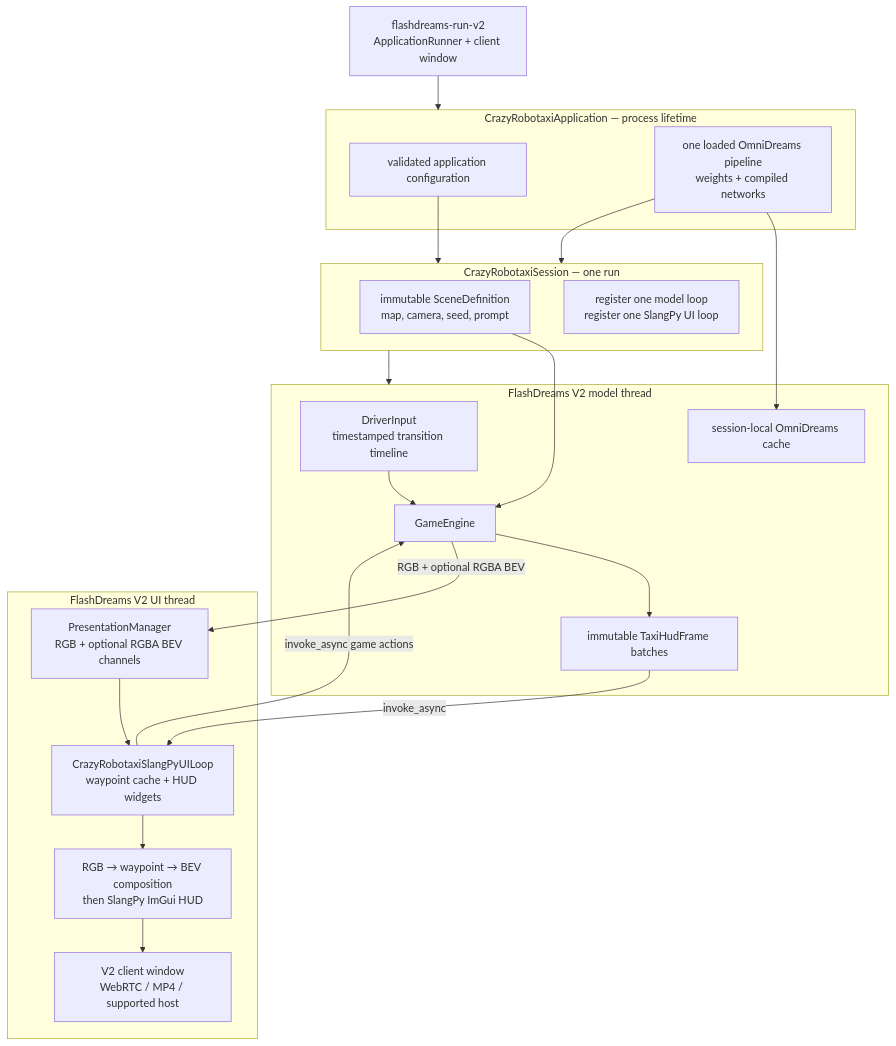
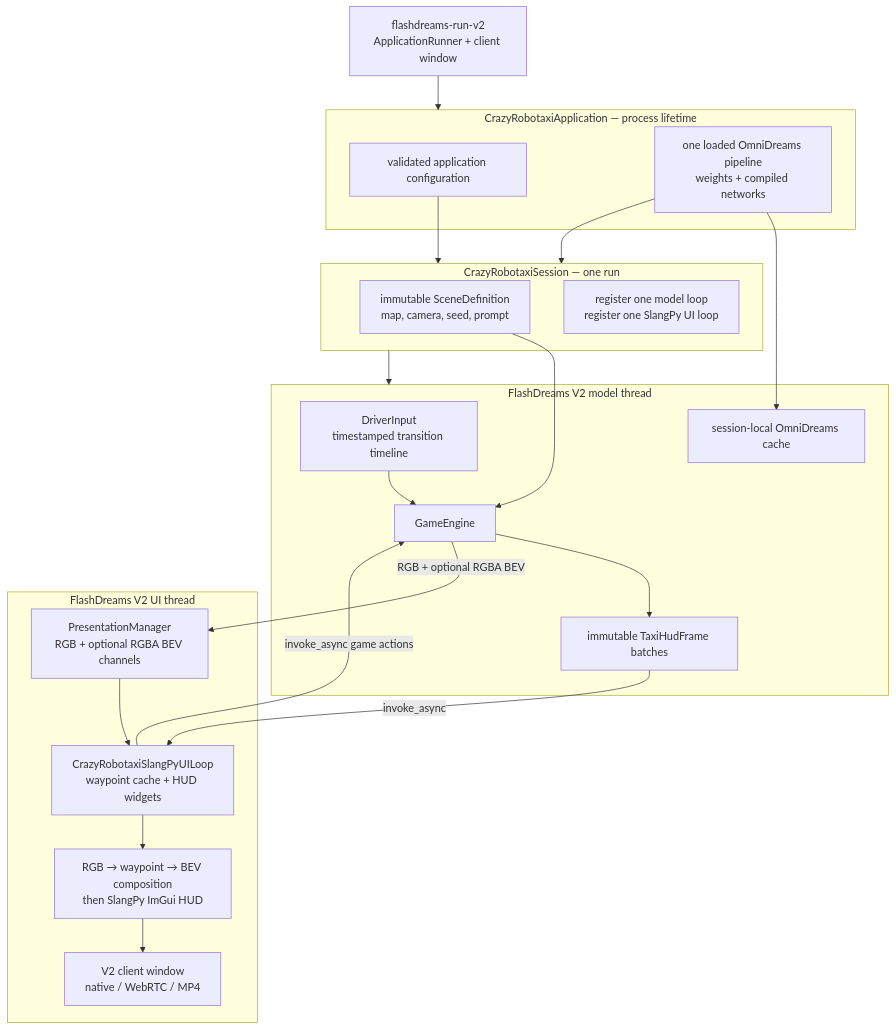
Before and after one commit to NVIDIA/flashdreams: the first of 6 diagrams in docs/design/crazy_robotaxi_v2_architecture.md, drawn with Mermaid. The commit also changed 2 other files, not shown here.

Commit message:
Add Crazy Robotaxi native window support

````diff
--- a/docs/design/crazy_robotaxi_v2_architecture.md
+++ b/docs/design/crazy_robotaxi_v2_architecture.md
@@ -30,41 +30,41 @@
 ```mermaid
 flowchart TD
     HOST["flashdreams-run-v2<br/>ApplicationRunner + client window"]
 
     subgraph APP["CrazyRobotaxiApplication — process lifetime"]
         ARGS["validated application configuration"]
         PIPELINE["one loaded OmniDreams pipeline<br/>weights + compiled networks"]
     end
 
     subgraph SESSION["CrazyRobotaxiSession — one run"]
         SCENE["immutable SceneDefinition<br/>map, camera, seed, prompt"]
         REG["register one model loop<br/>register one SlangPy UI loop"]
     end
 
     subgraph MODELTHREAD["FlashDreams V2 model thread"]
         INPUT["DriverInput<br/>timestamped transition timeline"]
         ENGINE["GameEngine"]
         CACHE["session-local OmniDreams cache"]
         HUDSTATE["immutable TaxiHudFrame batches"]
     end
 
     subgraph UITHREAD["FlashDreams V2 UI thread"]
         BUFFER["PresentationManager<br/>RGB + optional RGBA BEV channels"]
         HUD["CrazyRobotaxiSlangPyUILoop<br/>waypoint cache + HUD widgets"]
         COMPOSE["RGB → waypoint → BEV composition<br/>then SlangPy ImGui HUD"]
-        WINDOW["V2 client window<br/>WebRTC / MP4 / supported host"]
+        WINDOW["V2 client window<br/>native / WebRTC / MP4"]
     end
 
     HOST --> APP
     ARGS --> SESSION
     PIPELINE --> SESSION
     SESSION --> MODELTHREAD
     SCENE --> ENGINE
     PIPELINE --> CACHE
     INPUT --> ENGINE
     ENGINE --> HUDSTATE
     ENGINE -->|"RGB + optional RGBA BEV"| BUFFER
     HUDSTATE -->|"invoke_async"| HUD
     HUD -->|"invoke_async game actions"| ENGINE
     BUFFER --> HUD --> COMPOSE --> WINDOW
 ```
````
